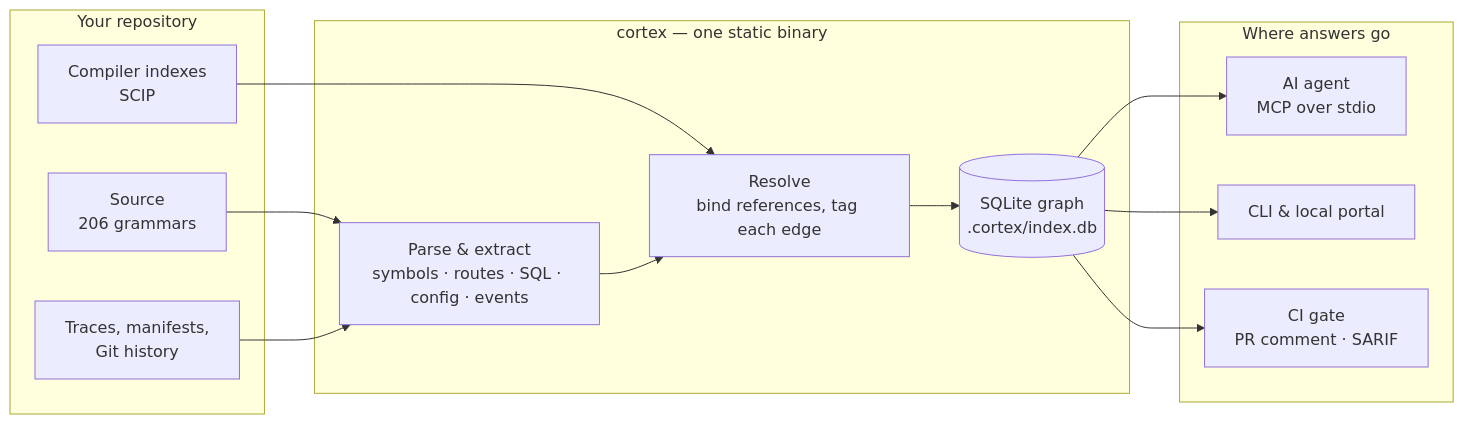
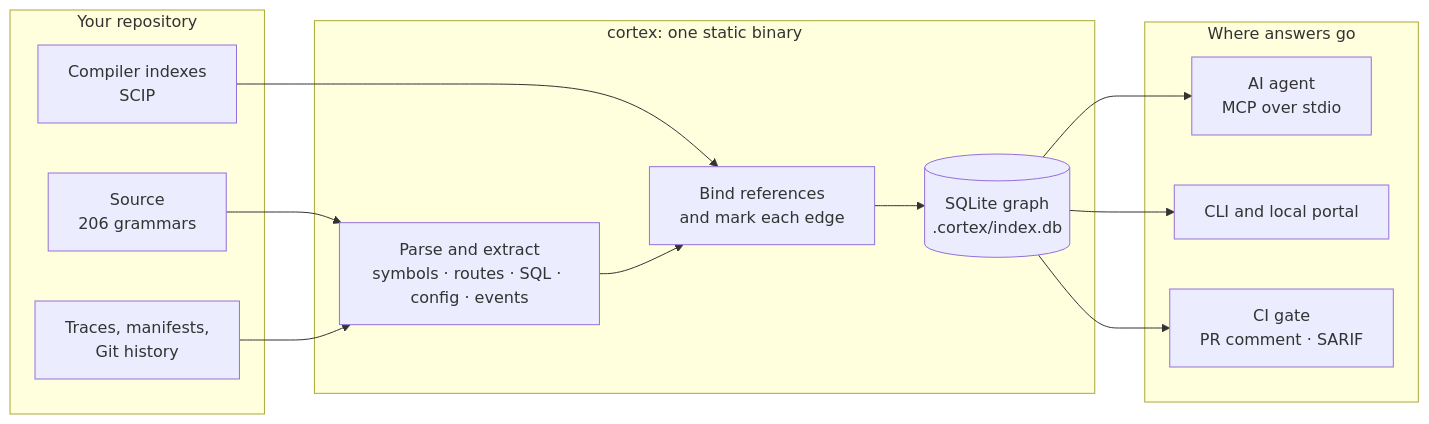
One commit to satyendrakumarsingh/repocortex changed the diagram in README.md. Above: the diagram before and after it, drawn with Mermaid. The commit also changed other lines of this file and 37 other files, not shown here.

First line of the commit message:
docs: content-rich README, CLI and portal guides, accurate llms.txt

````diff
--- a/README.md
+++ b/README.md
@@ -184,25 +249,25 @@
 ```mermaid
 flowchart LR
     subgraph Sources["Your repository"]
         Code["Source<br/>206 grammars"]
         Compiler["Compiler indexes<br/>SCIP"]
         Runtime["Traces, manifests,<br/>Git history"]
     end
-    subgraph Engine["cortex — one static binary"]
-        Parse["Parse &amp; extract<br/>symbols · routes · SQL · config · events"]
-        Resolve["Resolve<br/>bind references, tag each edge"]
+    subgraph Engine["cortex: one static binary"]
+        Parse["Parse and extract<br/>symbols · routes · SQL · config · events"]
+        Resolve["Bind references<br/>and mark each edge"]
         Graph[("SQLite graph<br/>.cortex/index.db")]
     end
     subgraph Use["Where answers go"]
         Agent["AI agent<br/>MCP over stdio"]
-        CLI["CLI &amp; local portal"]
+        CLI["CLI and local portal"]
         CI["CI gate<br/>PR comment · SARIF"]
     end
     Code --> Parse
     Compiler --> Resolve
     Runtime --> Parse
     Parse --> Resolve --> Graph
     Graph --> Agent
     Graph --> CLI
     Graph --> CI
 ```
````
